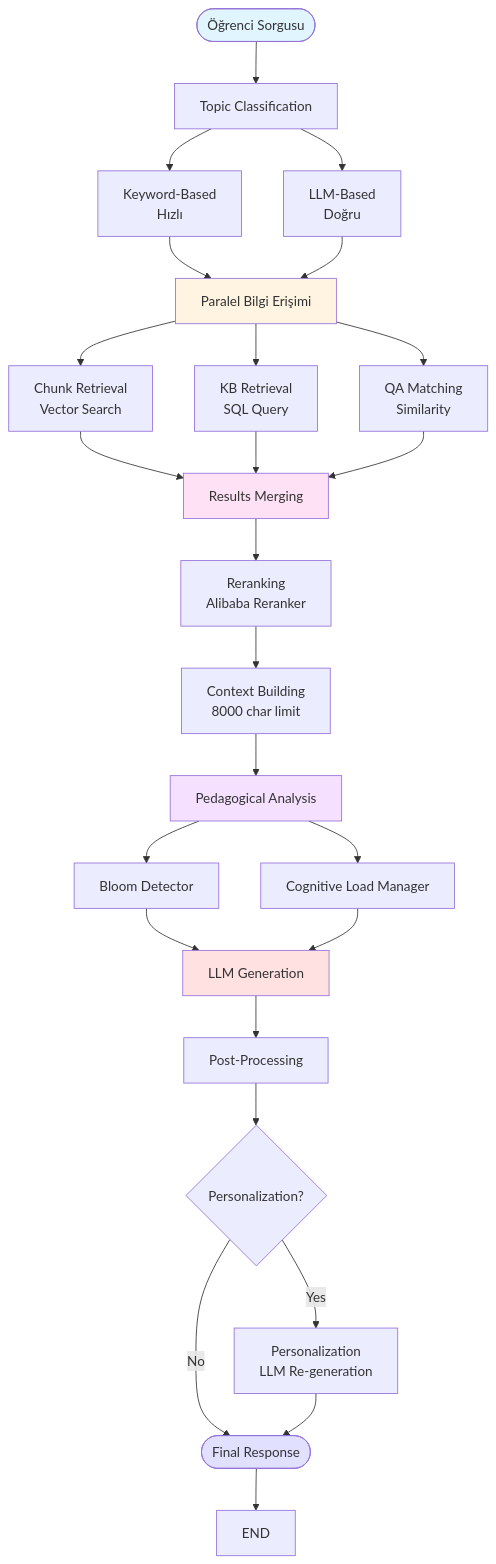
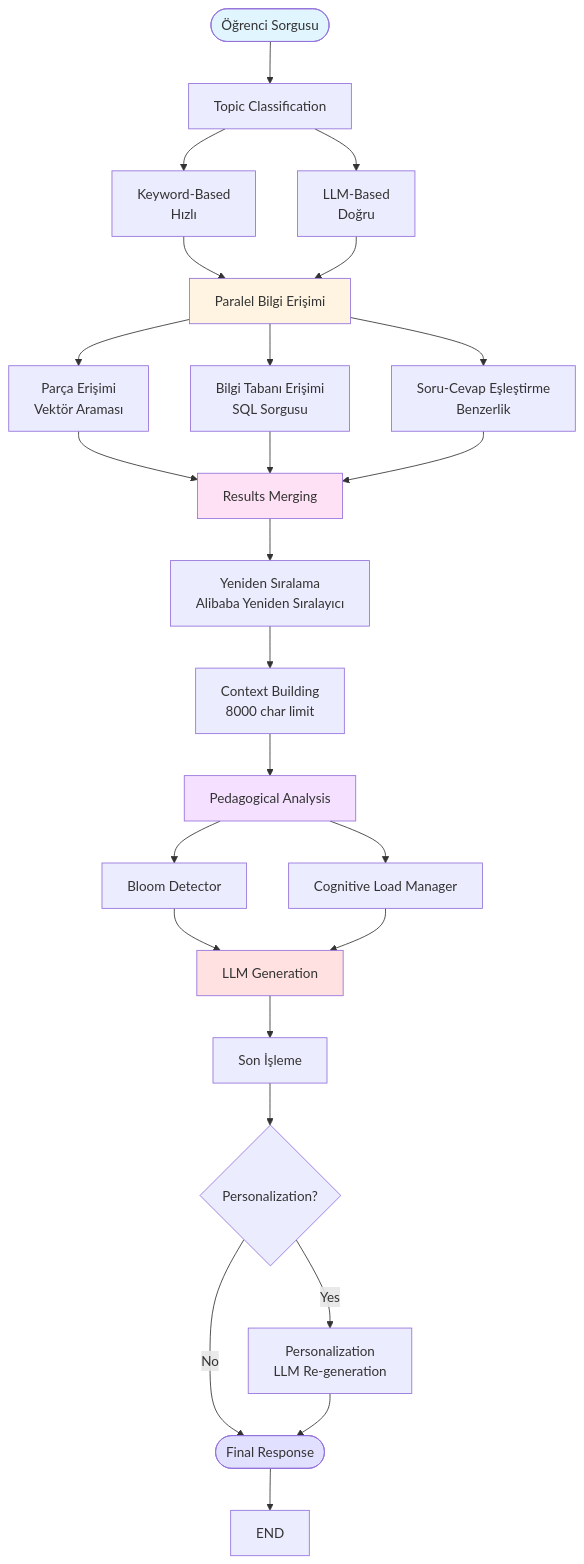
One commit to EngindalgaMaku/ebars changed the first of 5 diagrams in docs/rag-architecture-personalized-learning/makale-taslagi/MAKALE_TAM_METIN.md. Above: the diagram before and after it, drawn with Mermaid. The commit also changed other lines of this file, not shown here.

````diff
--- a/docs/rag-architecture-personalized-learning/makale-taslagi/MAKALE_TAM_METIN.md
+++ b/docs/rag-architecture-personalized-learning/makale-taslagi/MAKALE_TAM_METIN.md
@@ -943,45 +948,45 @@
 ```mermaid
 flowchart TD
     START([Öğrenci Sorgusu]) --> TC[Topic Classification]
     
     TC --> TC1[Keyword-Based<br/>Hızlı]
     TC --> TC2[LLM-Based<br/>Doğru]
     
     TC1 --> PARALEL
     TC2 --> PARALEL
     
-    PARALEL[Paralel Bilgi Erişimi] --> CHUNK[Chunk Retrieval<br/>Vector Search]
-    PARALEL --> KB[KB Retrieval<br/>SQL Query]
-    PARALEL --> QA[QA Matching<br/>Similarity]
+    PARALEL[Paralel Bilgi Erişimi] --> CHUNK[Parça Erişimi<br/>Vektör Araması]
+    PARALEL --> KB[Bilgi Tabanı Erişimi<br/>SQL Sorgusu]
+    PARALEL --> QA[Soru-Cevap Eşleştirme<br/>Benzerlik]
     
     CHUNK --> MERGE[Results Merging]
     KB --> MERGE
     QA --> MERGE
     
-    MERGE --> RERANK[Reranking<br/>Alibaba Reranker]
+    MERGE --> RERANK[Yeniden Sıralama<br/>Alibaba Yeniden Sıralayıcı]
     
     RERANK --> CONTEXT[Context Building<br/>8000 char limit]
     
     CONTEXT --> PED[Pedagogical Analysis]
     PED --> BLOOM[Bloom Detector]
     PED --> COG[Cognitive Load Manager]
     
     BLOOM --> LLM[LLM Generation]
     COG --> LLM
     
-    LLM --> POST[Post-Processing]
+    LLM --> POST[Son İşleme]
     POST --> PERSONAL{Personalization?}
     
     PERSONAL -->|Yes| PERSONALIZE[Personalization<br/>LLM Re-generation]
     PERSONAL -->|No| RESPONSE
     PERSONALIZE --> RESPONSE
     
     RESPONSE([Final Response]) --> END
     
     style START fill:#e1f5ff
     style PARALEL fill:#fff4e1
     style MERGE fill:#ffe1f5
     style PED fill:#f5e1ff
     style LLM fill:#ffe1e1
     style RESPONSE fill:#e1e1ff
 ```
````
